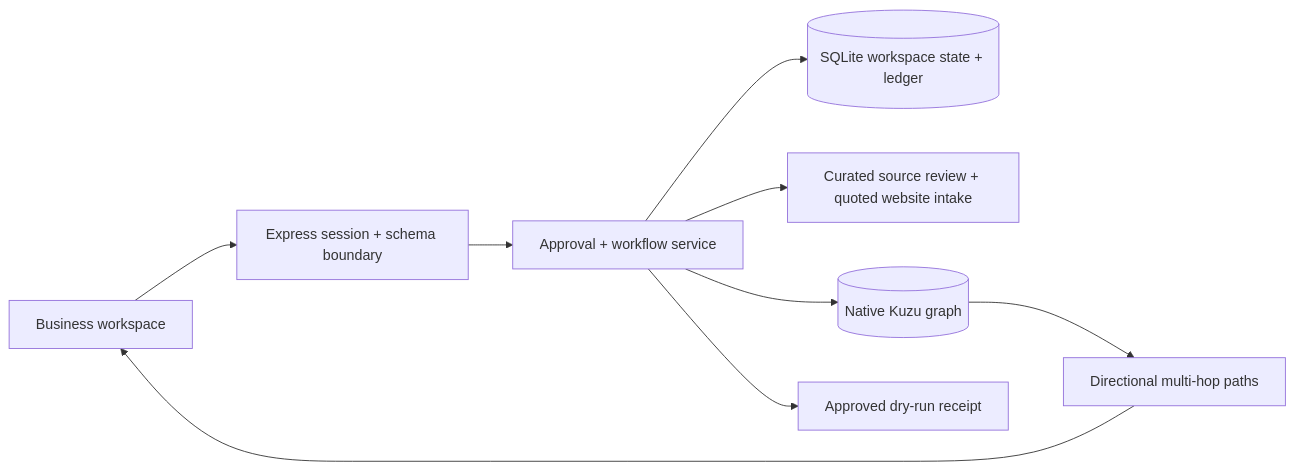
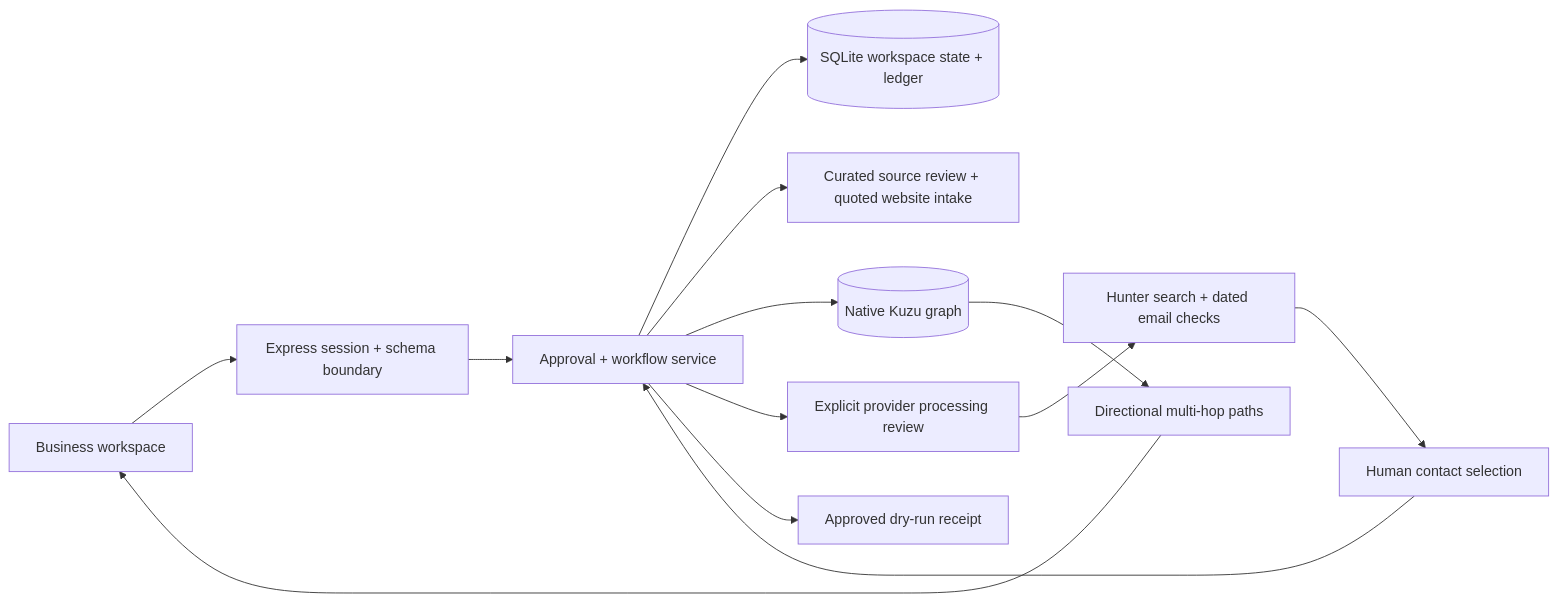
One commit to yuansshi/gtm_hackthon changed the diagram in docs/system-design.md. Above: the diagram before and after it, drawn with Mermaid. The commit also changed other lines of this file and 24 other files, not shown here.

Commit message:
Add Hunter contact verification and reviewed recipient handoff

````diff
--- a/docs/system-design.md
+++ b/docs/system-design.md
@@ -5,11 +5,15 @@
 ```mermaid
 flowchart LR
   UI[Business workspace] --> API[Express session + schema boundary]
   API --> Policy[Approval + workflow service]
   Policy --> SQL[(SQLite workspace state + ledger)]
   Policy --> Research[Curated source review + quoted website intake]
   Policy --> Graph[(Native Kuzu graph)]
   Graph --> Paths[Directional multi-hop paths]
   Paths --> UI
+  Policy --> Consent[Explicit provider processing review]
+  Consent --> Hunter[Hunter search + dated email checks]
+  Hunter --> Contact[Human contact selection]
+  Contact --> Policy
   Policy --> DryRun[Approved dry-run receipt]
 ```
````
